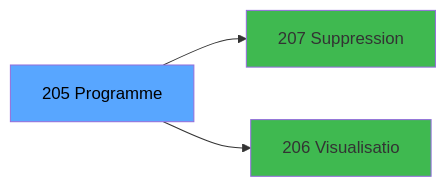
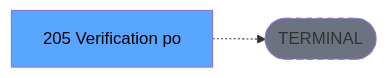
The third of 3 diagrams in .openspec/renders/ADH-IDE-205.md (thonyAGP/lecteur-magic), drawn with Mermaid before and after one commit. The commit also changed other lines of this file and 701 other files, not shown here.

````diff
--- a/.openspec/renders/ADH-IDE-205.md
+++ b/.openspec/renders/ADH-IDE-205.md
@@ -129,11 +135,8 @@
 ```mermaid
 graph LR
-    T[205 Programme]
-    C207[207 Suppression ]
-    T --> C207
-    C206[206 Visualisatio]
-    T --> C206
+    T[205 Verification po]
+    TERM([TERMINAL])
+    T -.-> TERM
+    style TERM fill:#6b7280,stroke-dasharray: 5 5
     style T fill:#58a6ff,color:#000
-    style C207 fill:#3fb950
-    style C206 fill:#3fb950
 ```
````
